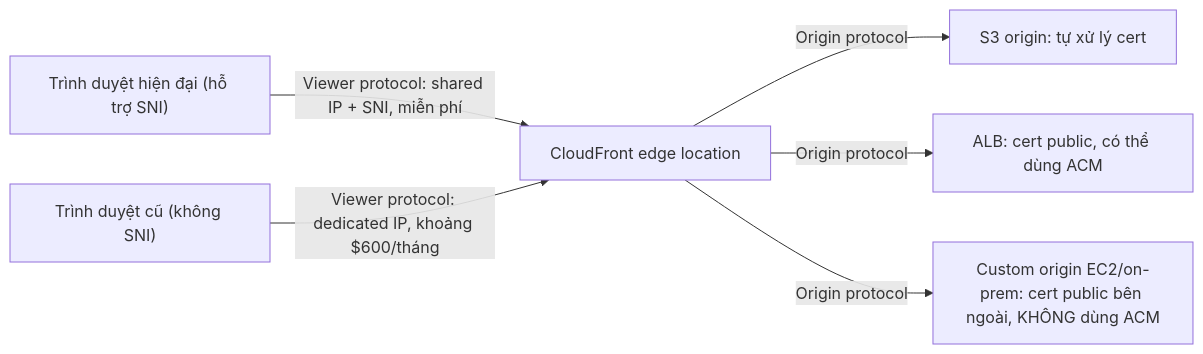
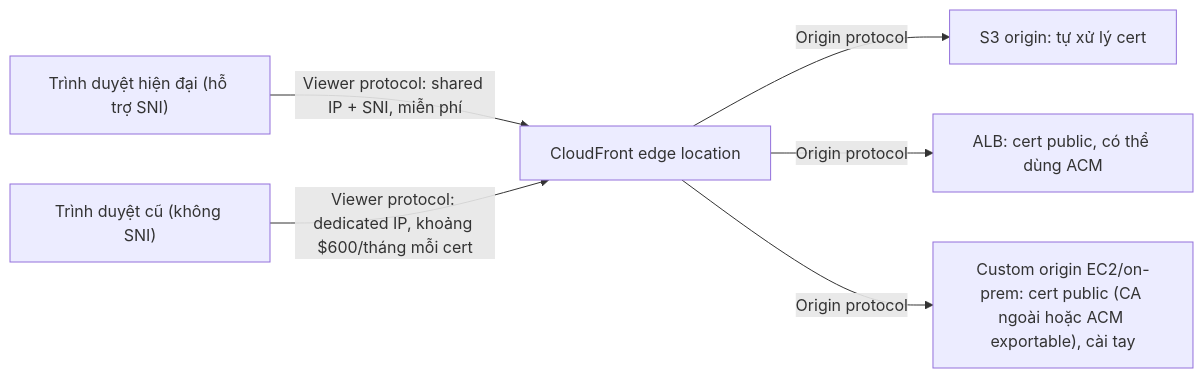
One commit to hairbui76/aws-saa-c03 changed the diagram in data/15 Global Content Delivery/CloudFront and SSL.md. Above: the diagram before and after it, drawn with Mermaid. The commit also changed other lines of this file and 56 other files, not shown here.

````diff
--- a/data/15 Global Content Delivery/CloudFront and SSL.md
+++ b/data/15 Global Content Delivery/CloudFront and SSL.md
@@ -31,8 +32,8 @@
 ```mermaid
 flowchart LR
     MB["Trình duyệt hiện đại (hỗ trợ SNI)"] -->|"Viewer protocol: shared IP + SNI, miễn phí"| EL["CloudFront edge location"]
-    OB["Trình duyệt cũ (không SNI)"] -->|"Viewer protocol: dedicated IP, khoảng $600/tháng"| EL
+    OB["Trình duyệt cũ (không SNI)"] -->|"Viewer protocol: dedicated IP, khoảng $600/tháng mỗi cert"| EL
     EL -->|"Origin protocol"| S3["S3 origin: tự xử lý cert"]
     EL -->|"Origin protocol"| ALB["ALB: cert public, có thể dùng ACM"]
-    EL -->|"Origin protocol"| CO["Custom origin EC2/on-prem: cert public bên ngoài, KHÔNG dùng ACM"]
+    EL -->|"Origin protocol"| CO["Custom origin EC2/on-prem: cert public (CA ngoài hoặc ACM exportable), cài tay"]
 ```
````
